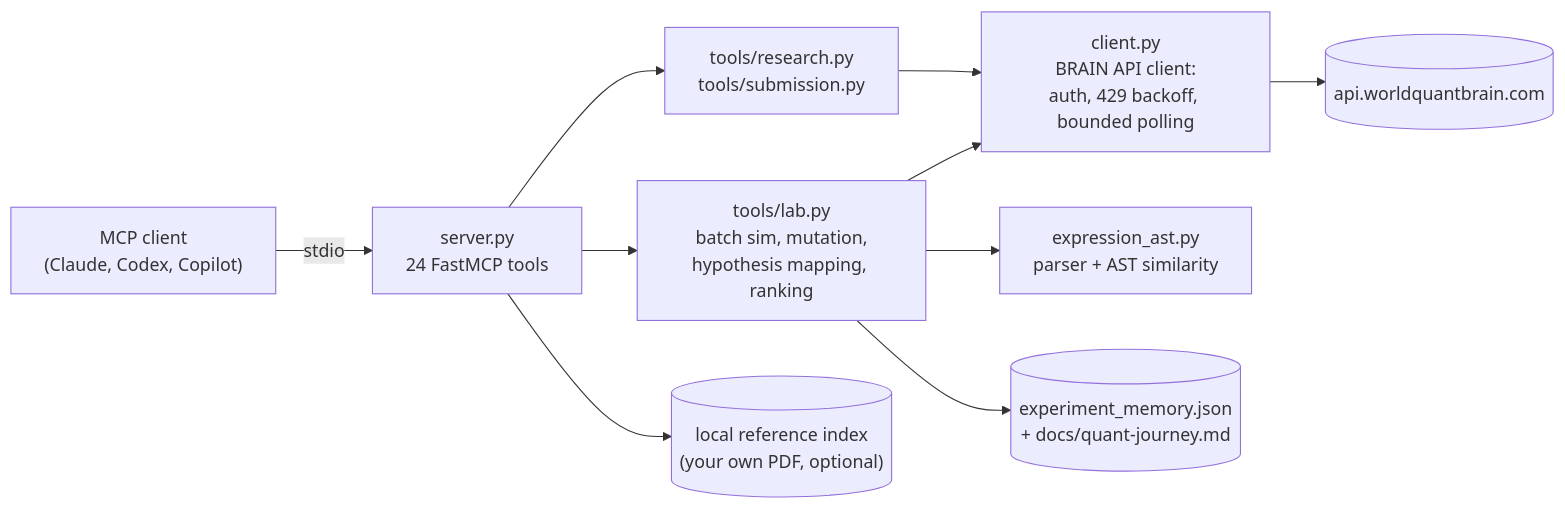
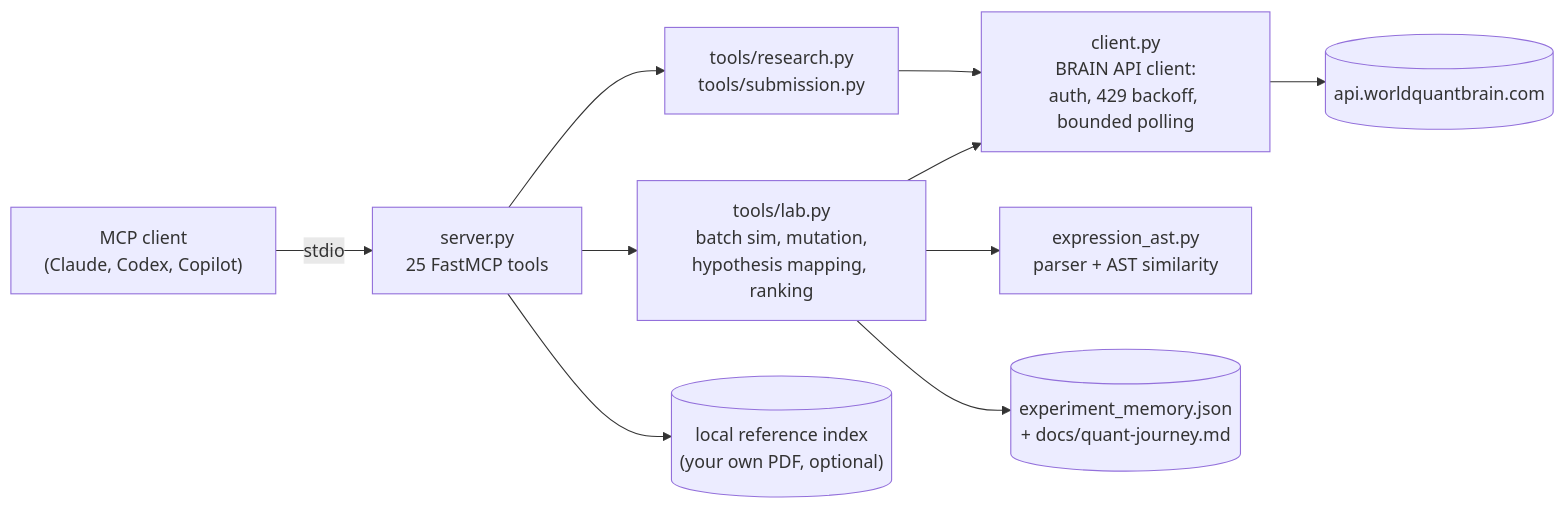
Before and after one commit to duy0699cat/worldquant-brain-mcp: the diagram in README.md, drawn with Mermaid. The commit also changed other lines of this file and 5 other files, not shown here.

````diff
--- a/README.md
+++ b/README.md
@@ -56,12 +56,12 @@
 ```mermaid
 flowchart LR
-    A["MCP client<br/>(Claude, Codex, Copilot)"] -- stdio --> B["server.py<br/>24 FastMCP tools"]
+    A["MCP client<br/>(Claude, Codex, Copilot)"] -- stdio --> B["server.py<br/>25 FastMCP tools"]
     B --> C["tools/lab.py<br/>batch sim, mutation,<br/>hypothesis mapping, ranking"]
     B --> D["tools/research.py<br/>tools/submission.py"]
     C --> E["client.py<br/>BRAIN API client:<br/>auth, 429 backoff, bounded polling"]
     D --> E
     E --> F[("api.worldquantbrain.com")]
     C --> G["expression_ast.py<br/>parser + AST similarity"]
     C --> H[("experiment_memory.json<br/>+ docs/quant-journey.md")]
     B --> I[("local reference index<br/>(your own PDF, optional)")]
 ```
````
